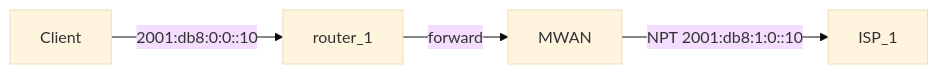
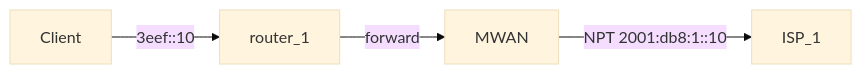
One commit to agoodkind/configs changed the third of 5 diagrams in docs/mwan.md. Above: the diagram before and after it, drawn with Mermaid (base theme). The commit also changed other lines of this file, not shown here.

Commit message:
Add 3eef internal prefix, colon component leads, and a BGP failover section in docs/mwan.md

````diff
--- a/docs/mwan.md
+++ b/docs/mwan.md
@@ -136,10 +148,10 @@
 ```mermaid
 flowchart LR
   client[Client]
   r1[router_1]
   mwan[MWAN]
   isp1[ISP_1]
-  client -->|"2001:db8:0:0::10"| r1
+  client -->|"3eef::10"| r1
   r1 -->|forward| mwan
-  mwan -->|"NPT 2001:db8:1:0::10"| isp1
+  mwan -->|"NPT 2001:db8:1::10"| isp1
 ```
````
